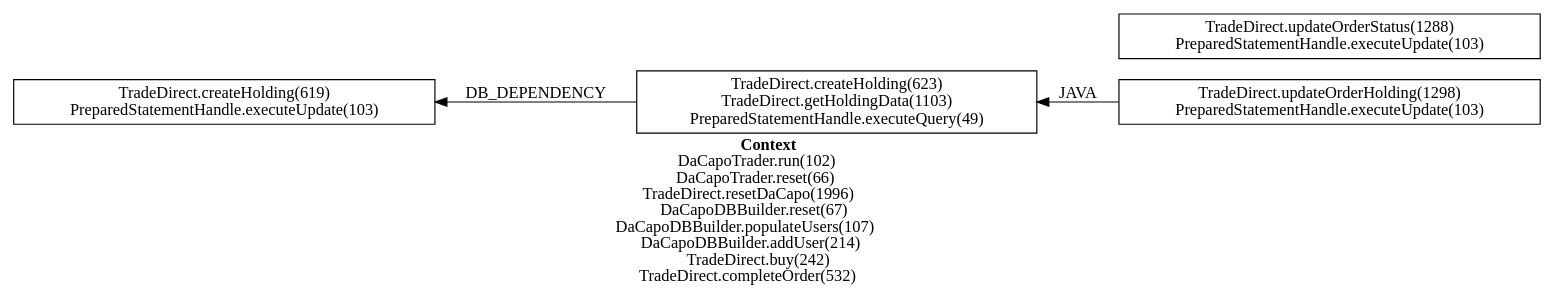
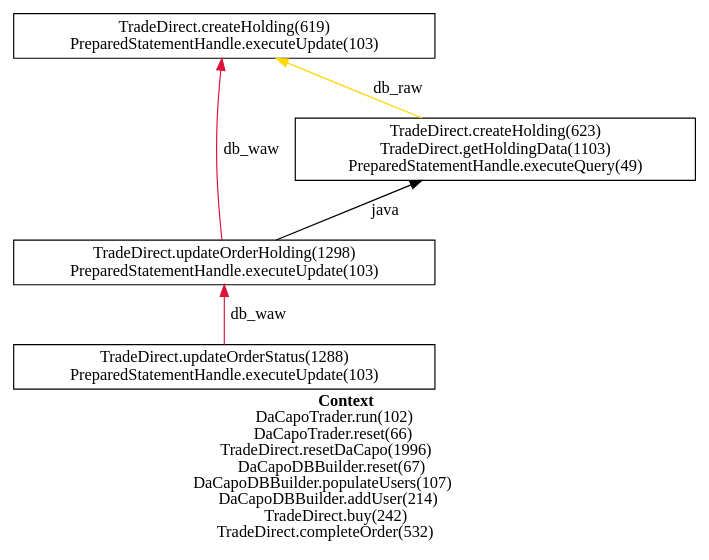
Before and after one commit to jtamayo/pepe: the diagram in pepe/results2/11.gv, drawn with Graphviz. The commit also changed 181 other files, not shown here.

```diff
--- a/pepe/results2/11.gv
+++ b/pepe/results2/11.gv
@@ -1,9 +1,11 @@
-digraph 682820082 { 
-label=<<font face="Times-Bold">Context</font><br/>DaCapoTrader.run(102)<br/>DaCapoTrader.reset(66)<br/>TradeDirect.resetDaCapo(1996)<br/>DaCapoDBBuilder.reset(67)<br/>DaCapoDBBuilder.populateUsers(107)<br/>DaCapoDBBuilder.addUser(214)<br/>TradeDirect.buy(242)<br/>TradeDirect.completeOrder(532)>;rankdir=RL;
+digraph 240990493 { 
+label=<<font face="Times-Bold">Context</font><br/>DaCapoTrader.run(102)<br/>DaCapoTrader.reset(66)<br/>TradeDirect.resetDaCapo(1996)<br/>DaCapoDBBuilder.reset(67)<br/>DaCapoDBBuilder.populateUsers(107)<br/>DaCapoDBBuilder.addUser(214)<br/>TradeDirect.buy(242)<br/>TradeDirect.completeOrder(532)>;rankdir=BT;
 1 [label="TradeDirect.updateOrderHolding(1298)\nPreparedStatementHandle.executeUpdate(103)\n", shape=box];
 2 [label="TradeDirect.createHolding(619)\nPreparedStatementHandle.executeUpdate(103)\n", shape=box];
 3 [label="TradeDirect.createHolding(623)\nTradeDirect.getHoldingData(1103)\nPreparedStatementHandle.executeQuery(49)\n", shape=box];
 4 [label="TradeDirect.updateOrderStatus(1288)\nPreparedStatementHandle.executeUpdate(103)\n", shape=box];
-1 -> 3 [label="JAVA"];
-3 -> 2 [label="DB_DEPENDENCY"];
+1 -> 2 [label="db_waw" color=crimson];
+1 -> 3 [label="java" color=black];
+3 -> 2 [label="db_raw" color=gold];
+4 -> 1 [label="db_waw" color=crimson];
 }
```
